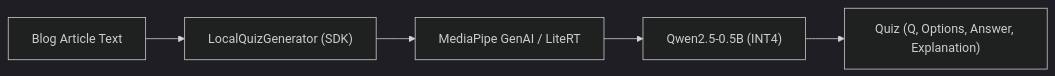
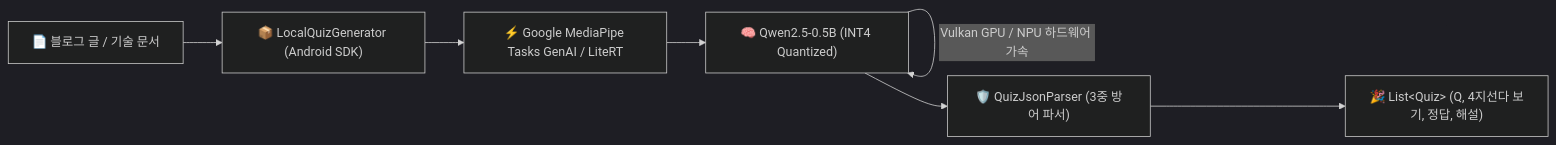
One commit to kez-lab/ondevice-blog-quiz-generator changed the second of 2 diagrams in README.md. Above: the diagram before and after it, drawn with Mermaid (dark theme). The commit also changed other lines of this file, not shown here.

Commit message:
docs: revamp README to highlight 100% On-Device AI architecture, zero server cost & benchmarks

````diff
--- a/README.md
+++ b/README.md
@@ -27,7 +59,9 @@
 ```mermaid
 flowchart LR
-    A["Blog Article Text"] --> B["LocalQuizGenerator (SDK)"]
-    B --> C["MediaPipe GenAI / LiteRT"]
-    C --> D["Qwen2.5-0.5B (INT4)"]
-    D --> E["Quiz (Q, Options, Answer, Explanation)"]
+    A["📄 블로그 글 / 기술 문서"] --> B["📦 LocalQuizGenerator (Android SDK)"]
+    B --> C["⚡ Google MediaPipe Tasks GenAI / LiteRT"]
+    C --> D["🧠 Qwen2.5-0.5B (INT4 Quantized)"]
+    D -->|Vulkan GPU / NPU 하드웨어 가속| D
+    D --> E["🛡️ QuizJsonParser (3중 방어 파서)"]
+    E --> F["🎉 List&lt;Quiz&gt; (Q, 4지선다 보기, 정답, 해설)"]
 ```
````
